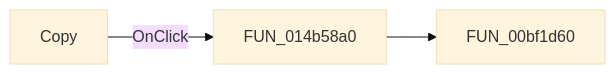
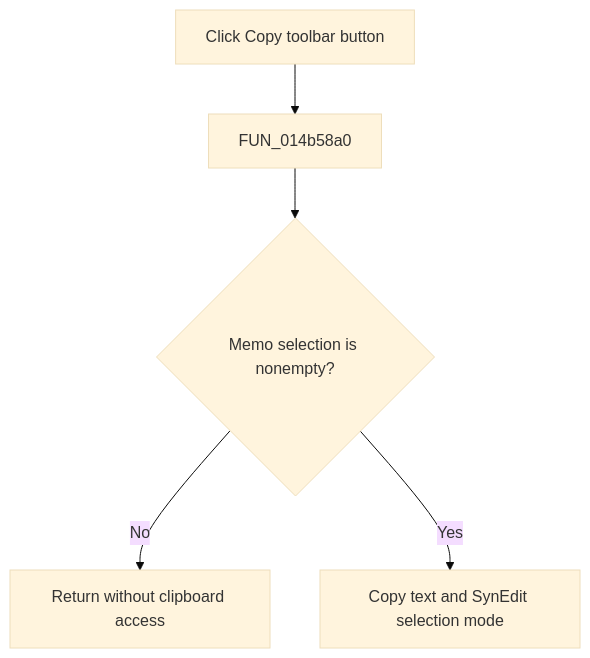
Before and after one commit to MovGP0/TIARA: the diagram in docs/ui-controls/netlistviewer/copybutton-210e262d0e.md, drawn with Mermaid (base theme). The commit also changed other lines of this file and 1062 other files, not shown here.

````diff
--- a/docs/ui-controls/netlistviewer/copybutton-210e262d0e.md
+++ b/docs/ui-controls/netlistviewer/copybutton-210e262d0e.md
@@ -27,5 +27,7 @@
 ```mermaid
-flowchart LR
-    control["Copy"] -->|OnClick| handler["FUN_014b58a0"]
-    handler --> call1["FUN_00bf1d60"]
+flowchart TD
+    control["Click Copy toolbar button"] --> handler["FUN_014b58a0"]
+    handler --> selection{"Memo selection is nonempty?"}
+    selection -->|No| noop["Return without clipboard access"]
+    selection -->|Yes| copy["Copy text and SynEdit selection mode"]
 ```
````
